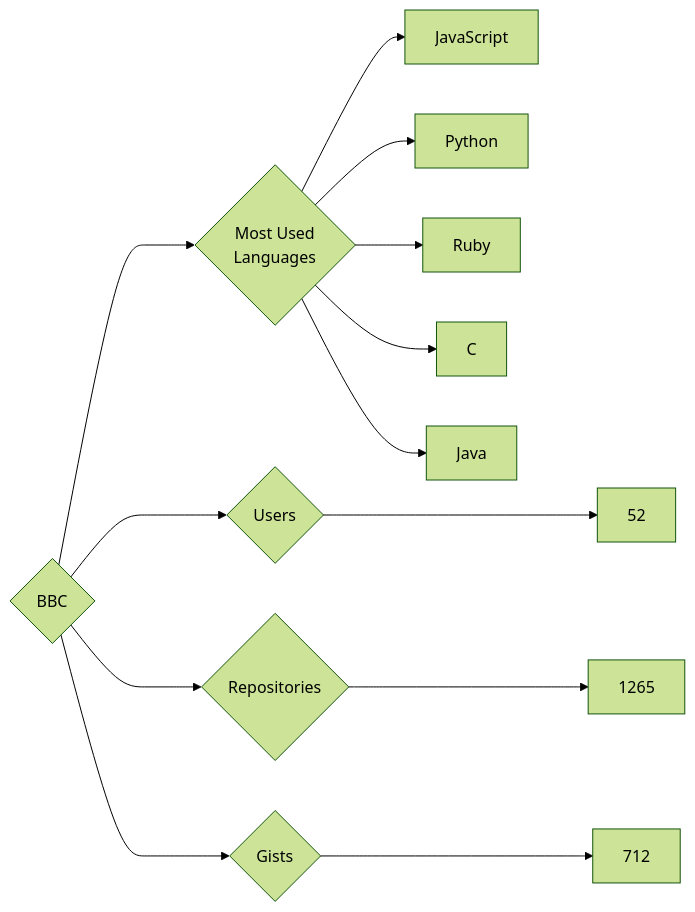
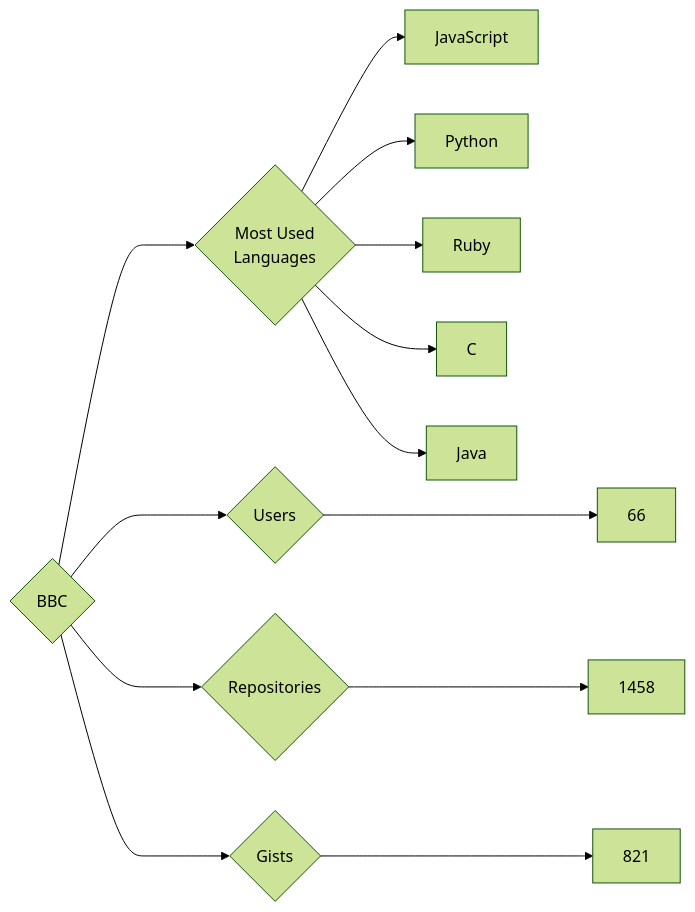
The diagram in targets/BBC/README.md (trickest/insiders), drawn with Mermaid (forest theme) before and after one commit. The commit also changed 699 other files, not shown here.

````diff
--- a/targets/BBC/README.md
+++ b/targets/BBC/README.md
@@ -3,13 +3,13 @@
 ```mermaid
 graph LR
 COMPANY_NAME{BBC}
-COMPANY_NAME ---> U{Users} ---> UN[52]
-COMPANY_NAME ---> R{Repositories} ---> RN[1265]
-COMPANY_NAME ---> G{Gists} ---> GN[712]
+COMPANY_NAME ---> U{Users} ---> UN[66]
+COMPANY_NAME ---> R{Repositories} ---> RN[1458]
+COMPANY_NAME ---> G{Gists} ---> GN[821]
 COMPANY_NAME ---> ML{Most Used<br>Languages}
 ML --> JavaScript[JavaScript]
 ML --> Python[Python]
 ML --> Ruby[Ruby]
 ML --> C[C]
 ML --> Java[Java]
 ```
````
